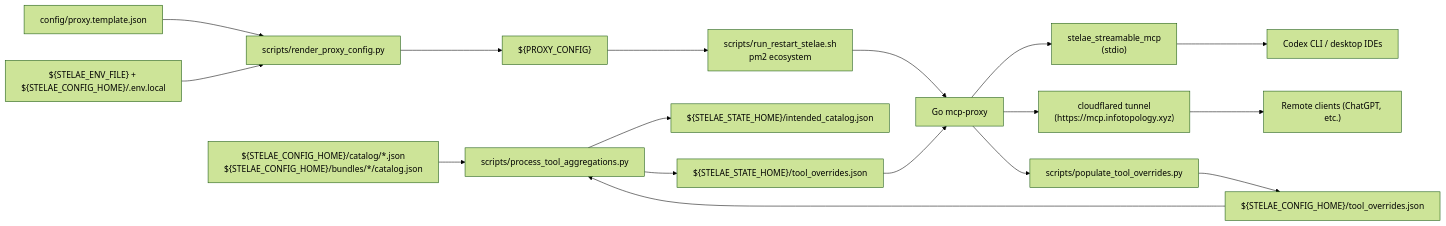
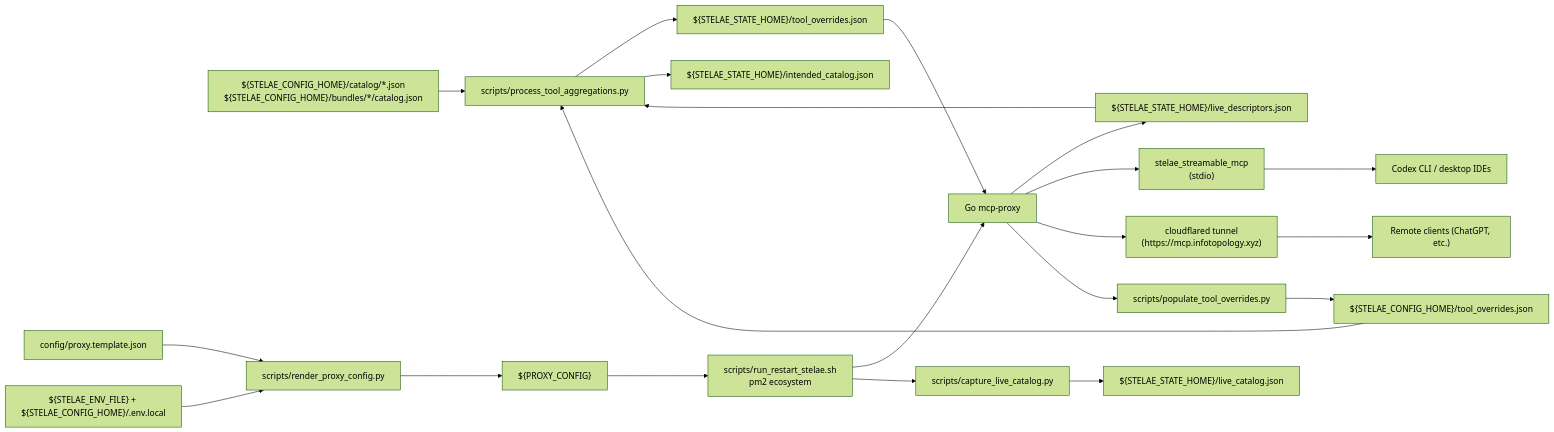
One commit to Dub1n/stelae changed the fifth of 7 diagrams in docs/ARCHITECTURE.md. Above: the diagram before and after it, drawn with Mermaid (forest theme). The commit also changed other lines of this file and 12 other files, not shown here.

Commit message:
feat: default proxy intended catalog

````diff
--- a/docs/ARCHITECTURE.md
+++ b/docs/ARCHITECTURE.md
@@ -282,22 +284,26 @@
 ```mermaid
 flowchart LR
     Aggregations["${STELAE_CONFIG_HOME}/catalog/*.json<br/>${STELAE_CONFIG_HOME}/bundles/*/catalog.json"] --> Process["scripts/process_tool_aggregations.py"]
     LocalOverrides["${STELAE_CONFIG_HOME}/tool_overrides.json"] --> Process
+    LiveDescriptors["${STELAE_STATE_HOME}/live_descriptors.json"] --> Process
     Process --> StateOverrides["${STELAE_STATE_HOME}/tool_overrides.json"]
     Process --> Intended["${STELAE_STATE_HOME}/intended_catalog.json"]
 
     ProxyTemplate["config/proxy.template.json"] --> RenderProxy["scripts/render_proxy_config.py"]
     EnvLayer["${STELAE_ENV_FILE} + ${STELAE_CONFIG_HOME}/.env.local"] --> RenderProxy
     RenderProxy --> ProxyConfig["${PROXY_CONFIG}"]
 
     ProxyConfig --> Restart["scripts/run_restart_stelae.sh<br/>pm2 ecosystem"]
     Restart --> Proxy["Go mcp-proxy"]
+    Proxy --> LiveDescriptors
+    Restart --> Capture["scripts/capture_live_catalog.py"]
+    Capture --> LiveCatalog["${STELAE_STATE_HOME}/live_catalog.json"]
     Proxy --> Bridge["stelae_streamable_mcp\n(stdio)"]
     Proxy --> Tunnel["cloudflared tunnel\n(https://mcp.infotopology.xyz)"]
     Tunnel --> Remote["Remote clients (ChatGPT, etc.)"]
     Bridge --> Codex["Codex CLI / desktop IDEs"]
 
     Proxy --> Populate["scripts/populate_tool_overrides.py"]
     Populate --> LocalOverrides
     StateOverrides --> Proxy
 ```
````
